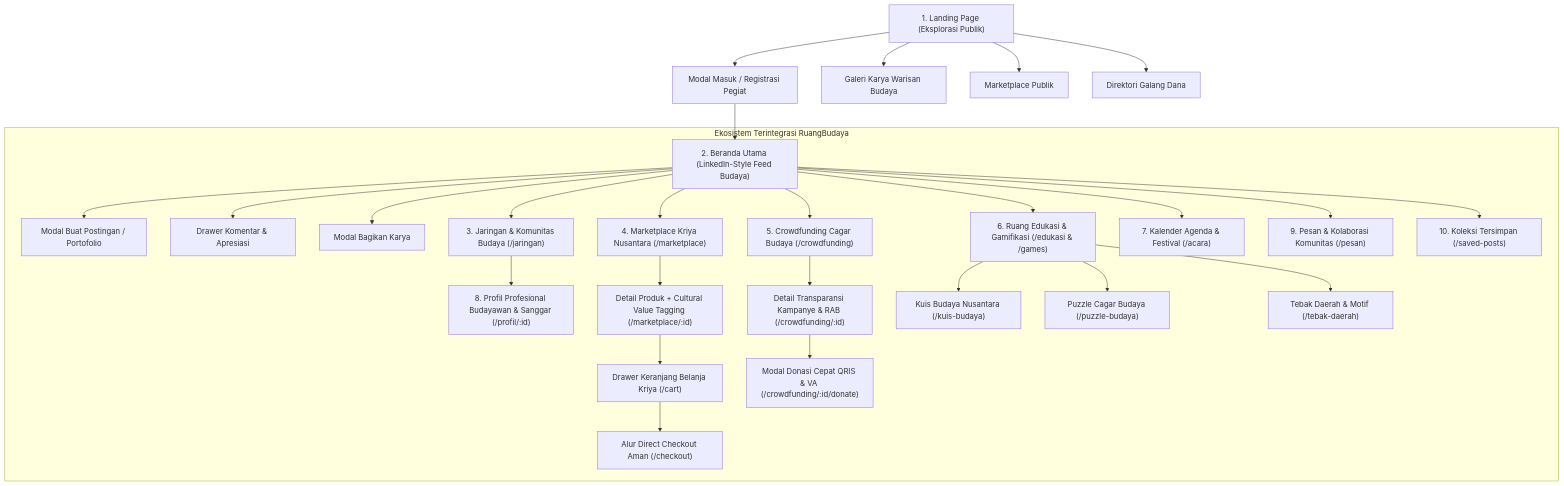
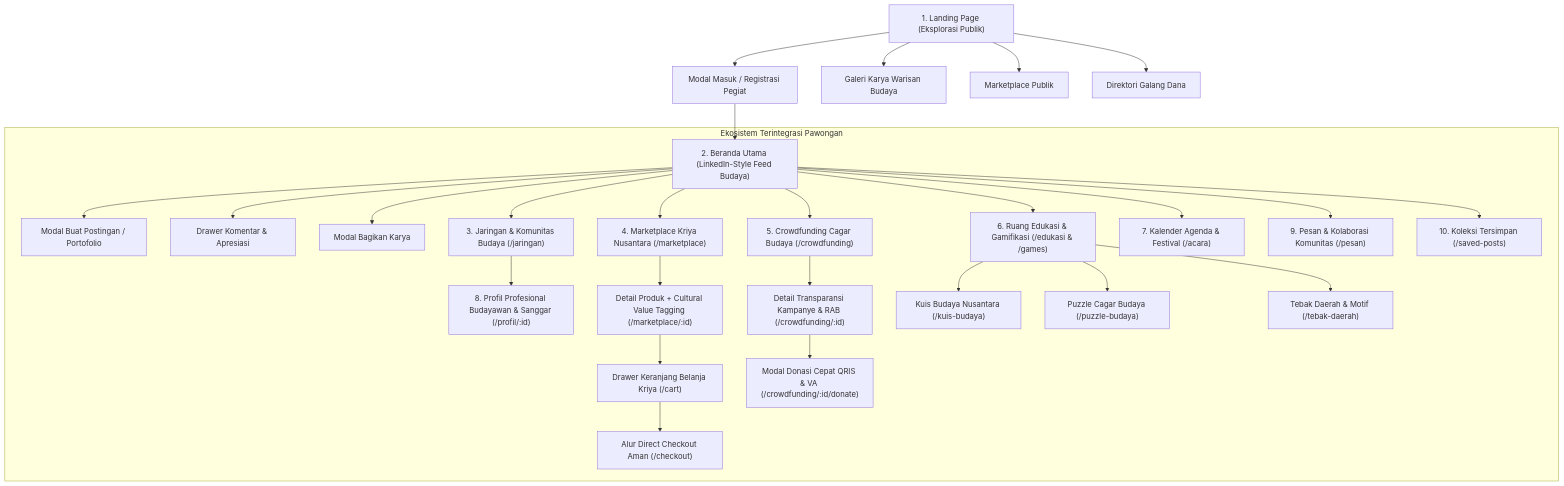
The first of 3 diagrams in UIUX/docs/PRD.md (robinsyaifuddin/berbudaya), drawn with Mermaid before and after one commit. The commit also changed other lines of this file and 11 other files, not shown here.

````diff
--- a/UIUX/docs/PRD.md
+++ b/UIUX/docs/PRD.md
@@ -74,39 +74,39 @@
 ```mermaid
 flowchart TD
     %% Gerbang Publik
     Landing["1. Landing Page (Eksplorasi Publik)"] --> AuthModal["Modal Masuk / Registrasi Pegiat"]
     Landing --> PublicGallery["Galeri Karya Warisan Budaya"]
     Landing --> DirectMarket["Marketplace Publik"]
     Landing --> DirectCrowd["Direktori Galang Dana"]
 
     %% Autentikasi ke Ekosistem Inti
     AuthModal --> HomeFeed["2. Beranda Utama (LinkedIn-Style Feed Budaya)"]
 
     %% Core Ecosystem
-    subgraph CorePlatform["Ekosistem Terintegrasi RuangBudaya"]
+    subgraph CorePlatform["Ekosistem Terintegrasi Pawongan"]
         HomeFeed --> ComposerModal["Modal Buat Postingan / Portofolio"]
         HomeFeed --> CommentDrawer["Drawer Komentar & Apresiasi"]
         HomeFeed --> ShareModal["Modal Bagikan Karya"]
 
         HomeFeed --> ModulJejaring["3. Jaringan & Komunitas Budaya (/jaringan)"]
         ModulJejaring --> ProfileBudayawan["8. Profil Profesional Budayawan & Sanggar (/profil/:id)"]
 
         HomeFeed --> ModulMarket["4. Marketplace Kriya Nusantara (/marketplace)"]
         ModulMarket --> ProductDetail["Detail Produk + Cultural Value Tagging (/marketplace/:id)"]
         ProductDetail --> CartDrawer["Drawer Keranjang Belanja Kriya (/cart)"]
         CartDrawer --> Checkout["Alur Direct Checkout Aman (/checkout)"]
 
         HomeFeed --> ModulCrowd["5. Crowdfunding Cagar Budaya (/crowdfunding)"]
         ModulCrowd --> CrowdDetail["Detail Transparansi Kampanye & RAB (/crowdfunding/:id)"]
         CrowdDetail --> DonateModal["Modal Donasi Cepat QRIS & VA (/crowdfunding/:id/donate)"]
 
         HomeFeed --> ModulEdukasi["6. Ruang Edukasi & Gamifikasi (/edukasi & /games)"]
         ModulEdukasi --> GameKuis["Kuis Budaya Nusantara (/kuis-budaya)"]
         ModulEdukasi --> GamePuzzle["Puzzle Cagar Budaya (/puzzle-budaya)"]
         ModulEdukasi --> GameTebak["Tebak Daerah & Motif (/tebak-daerah)"]
 
         HomeFeed --> ModulAcara["7. Kalender Agenda & Festival (/acara)"]
         HomeFeed --> ModulPesan["9. Pesan & Kolaborasi Komunitas (/pesan)"]
         HomeFeed --> ModulArsip["10. Koleksi Tersimpan (/saved-posts)"]
     end
 ```
````
